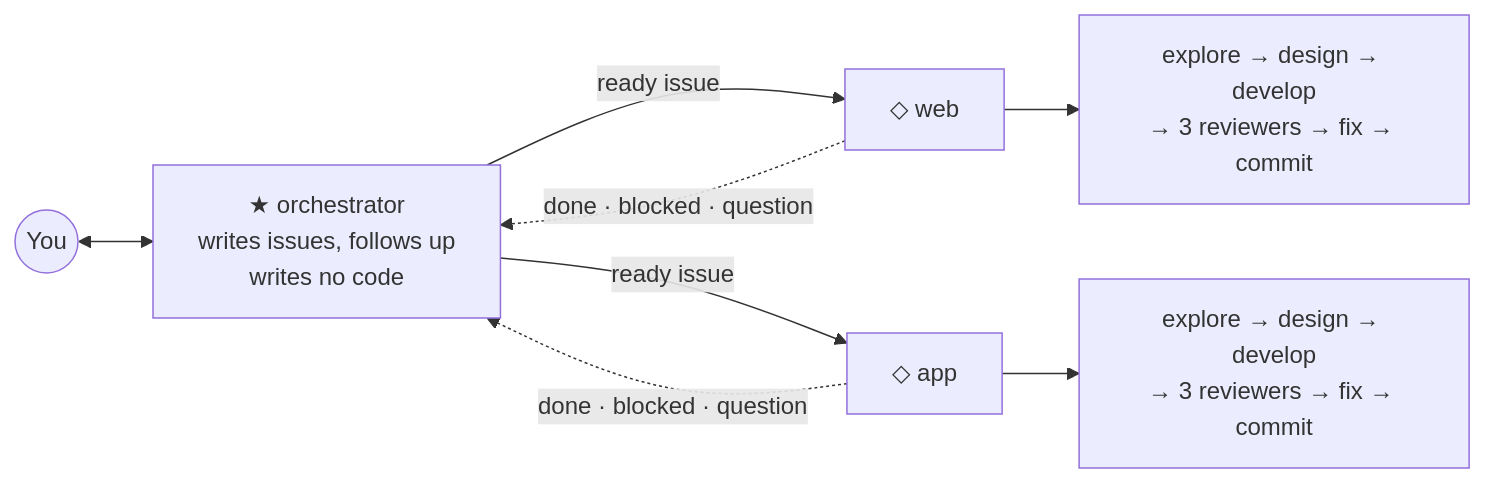
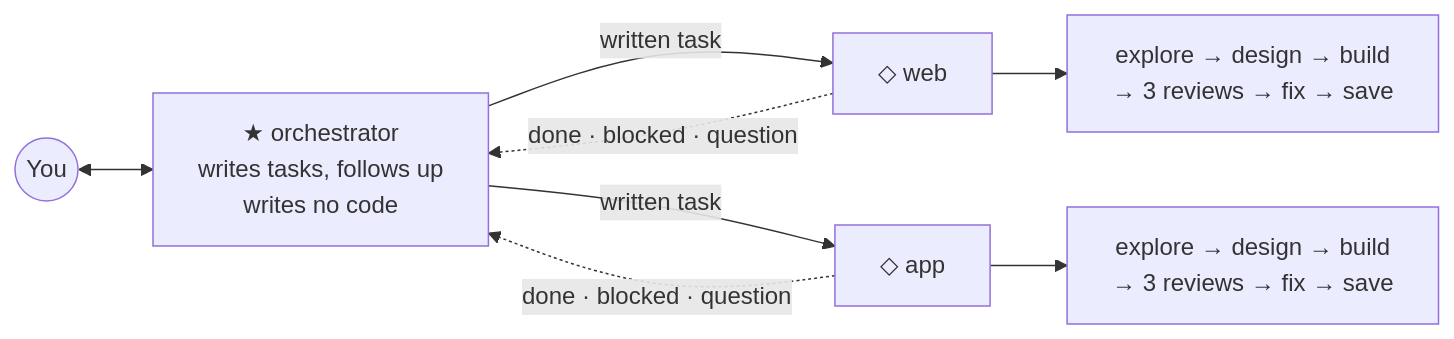
Before and after one commit to atarazevich/svop: the diagram in README.md, drawn with Mermaid. The commit also changed other lines of this file and 2 other files, not shown here.

````diff
--- a/README.md
+++ b/README.md
@@ -44,10 +50,10 @@
 ```mermaid
 flowchart LR
-    you(("You")) <--> orch["★ orchestrator<br/>writes issues, follows up<br/>writes no code"]
-    orch -- "ready issue" --> web["◇ web"]
-    orch -- "ready issue" --> app["◇ app"]
+    you(("You")) <--> orch["★ orchestrator<br/>writes tasks, follows up<br/>writes no code"]
+    orch -- "written task" --> web["◇ web"]
+    orch -- "written task" --> app["◇ app"]
     web -. "done · blocked · question" .-> orch
     app -. "done · blocked · question" .-> orch
-    web --> sw["explore → design → develop<br/>→ 3 reviewers → fix → commit"]
-    app --> sa["explore → design → develop<br/>→ 3 reviewers → fix → commit"]
+    web --> sw["explore → design → build<br/>→ 3 reviews → fix → save"]
+    app --> sa["explore → design → build<br/>→ 3 reviews → fix → save"]
 ```
````
